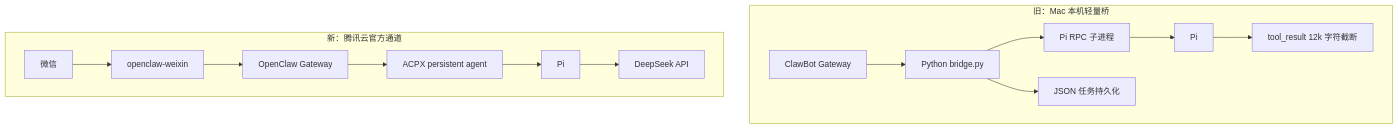
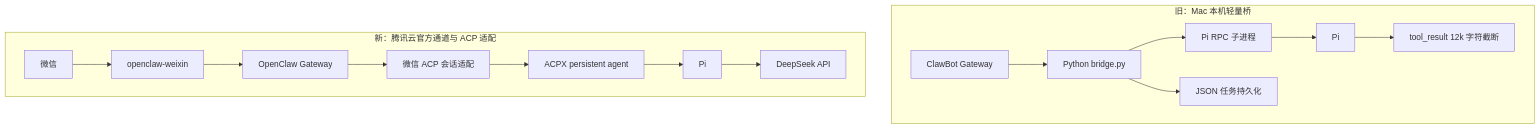
Before and after one commit to Young1108/pi-tencentyun-openclaw: the first of 2 diagrams in docs/architecture.md, drawn with Mermaid. The commit also changed other lines of this file and 9 other files, not shown here.

````diff
--- a/docs/architecture.md
+++ b/docs/architecture.md
@@ -8,18 +8,19 @@
 ```mermaid
 flowchart TB
     subgraph Legacy[旧：Mac 本机轻量桥]
         LWX[ClawBot Gateway] --> LB[Python bridge.py]
         LB --> RPC[Pi RPC 子进程]
         RPC --> LPI[Pi]
         LB --> TASK[JSON 任务持久化]
         LPI --> CAP[tool_result 12k 字符截断]
     end
 
-    subgraph Target[新：腾讯云官方通道]
+    subgraph Target[新：腾讯云官方通道与 ACP 适配]
         TWX[微信] --> PLUGIN[openclaw-weixin]
         PLUGIN --> GW[OpenClaw Gateway]
-        GW --> ACPX[ACPX persistent agent]
+        GW --> BINDING[微信 ACP 会话适配]
+        BINDING --> ACPX[ACPX persistent agent]
         ACPX --> TPI[Pi]
         TPI --> API[DeepSeek API]
     end
 ```
````
